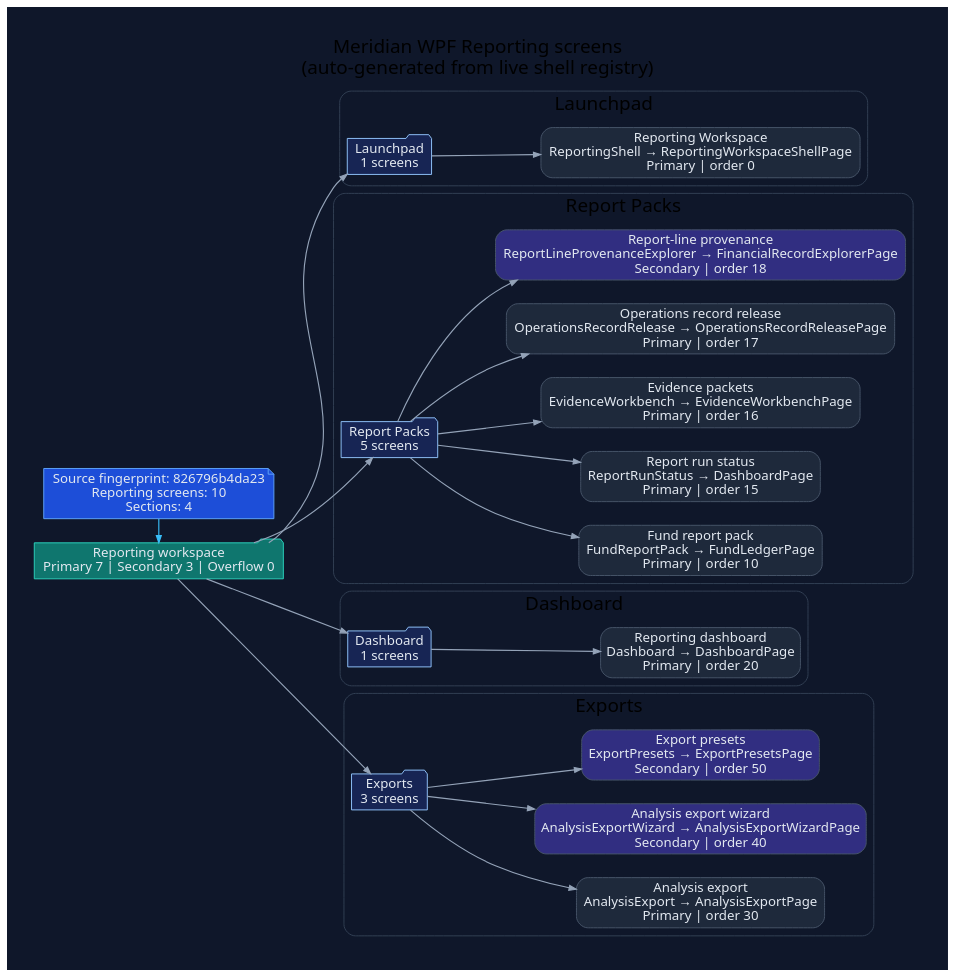
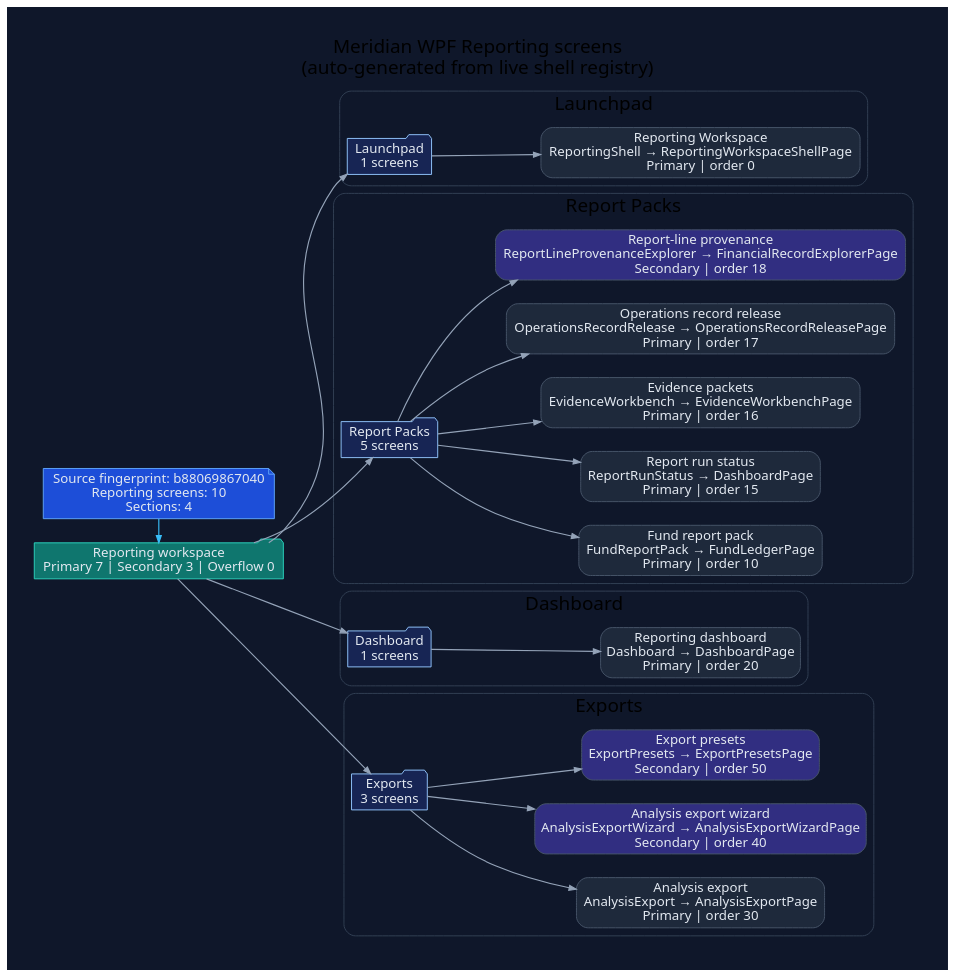
Before and after one commit to rodoHasArrived/Meridian-main: the diagram in docs/diagrams/ui-wpf-screens-reporting.dot, drawn with Graphviz. The commit also changed 96 other files, not shown here.

First line of the commit message:
Refresh reviewed generated documentation and source hashes for the stack

```diff
--- a/docs/diagrams/ui-wpf-screens-reporting.dot
+++ b/docs/diagrams/ui-wpf-screens-reporting.dot
@@ -1,78 +1,78 @@
 // -----------------------------------------------------------------------------
 // <auto-generated>
 // Generated by scripts/generate-diagrams.mjs.
 // Do not edit this file directly; update the WPF source files instead.
 // -----------------------------------------------------------------------------
 digraph WpfReportingScreens {
   graph [
     rankdir=LR,
     labelloc=t,
     label="Meridian WPF Reporting screens\n(auto-generated from live shell registry)",
     fontname="Segoe UI",
     fontsize=20,
     pad=0.4,
     nodesep=0.35,
     ranksep=0.85,
     bgcolor="#0f172a"
   ];
   node [fontname="Segoe UI", shape=box, style="rounded,filled", color="#475569", fontcolor="#e2e8f0", fillcolor="#1e293b"];
   edge [fontname="Segoe UI", color="#94a3b8", penwidth=1.2, arrowsize=0.75];
 
-  generated [shape=note, fillcolor="#1d4ed8", color="#60a5fa", label="Source fingerprint: 826796b4da23\nReporting screens: 10\nSections: 4"];
+  generated [shape=note, fillcolor="#1d4ed8", color="#60a5fa", label="Source fingerprint: b88069867040\nReporting screens: 10\nSections: 4"];
   workspace [shape=folder, fillcolor="#0f766e", color="#2dd4bf", label="Reporting workspace\nPrimary 7 | Secondary 3 | Overflow 0"];
   generated -> workspace [color="#38bdf8"];
 
   subgraph cluster_section_1 {
     label="Launchpad";
     color="#334155";
     style="rounded";
     section_1 [shape=folder, fillcolor="#172554", color="#93c5fd", label="Launchpad\n1 screens"];
     workspace -> section_1;
     screen_ReportingShell [fillcolor="#1e293b", label="Reporting Workspace\nReportingShell → ReportingWorkspaceShellPage\nPrimary | order 0"];
     section_1 -> screen_ReportingShell;
   }
 
   subgraph cluster_section_2 {
     label="Report Packs";
     color="#334155";
     style="rounded";
     section_2 [shape=folder, fillcolor="#172554", color="#93c5fd", label="Report Packs\n5 screens"];
     workspace -> section_2;
     screen_FundReportPack [fillcolor="#1e293b", label="Fund report pack\nFundReportPack → FundLedgerPage\nPrimary | order 10"];
     section_2 -> screen_FundReportPack;
     screen_ReportRunStatus [fillcolor="#1e293b", label="Report run status\nReportRunStatus → DashboardPage\nPrimary | order 15"];
     section_2 -> screen_ReportRunStatus;
     screen_EvidenceWorkbench [fillcolor="#1e293b", label="Evidence packets\nEvidenceWorkbench → EvidenceWorkbenchPage\nPrimary | order 16"];
     section_2 -> screen_EvidenceWorkbench;
     screen_OperationsRecordRelease [fillcolor="#1e293b", label="Operations record release\nOperationsRecordRelease → OperationsRecordReleasePage\nPrimary | order 17"];
     section_2 -> screen_OperationsRecordRelease;
     screen_ReportLineProvenanceExplorer [fillcolor="#312e81", label="Report-line provenance\nReportLineProvenanceExplorer → FinancialRecordExplorerPage\nSecondary | order 18"];
     section_2 -> screen_ReportLineProvenanceExplorer;
   }
 
   subgraph cluster_section_3 {
     label="Dashboard";
     color="#334155";
     style="rounded";
     section_3 [shape=folder, fillcolor="#172554", color="#93c5fd", label="Dashboard\n1 screens"];
     workspace -> section_3;
     screen_Dashboard [fillcolor="#1e293b", label="Reporting dashboard\nDashboard → DashboardPage\nPrimary | order 20"];
     section_3 -> screen_Dashboard;
   }
 
   subgraph cluster_section_4 {
     label="Exports";
     color="#334155";
     style="rounded";
     section_4 [shape=folder, fillcolor="#172554", color="#93c5fd", label="Exports\n3 screens"];
     workspace -> section_4;
     screen_AnalysisExport [fillcolor="#1e293b", label="Analysis export\nAnalysisExport → AnalysisExportPage\nPrimary | order 30"];
     section_4 -> screen_AnalysisExport;
     screen_AnalysisExportWizard [fillcolor="#312e81", label="Analysis export wizard\nAnalysisExportWizard → AnalysisExportWizardPage\nSecondary | order 40"];
     section_4 -> screen_AnalysisExportWizard;
     screen_ExportPresets [fillcolor="#312e81", label="Export presets\nExportPresets → ExportPresetsPage\nSecondary | order 50"];
     section_4 -> screen_ExportPresets;
   }
 
   { rank=min; generated; workspace; }
 }
```
